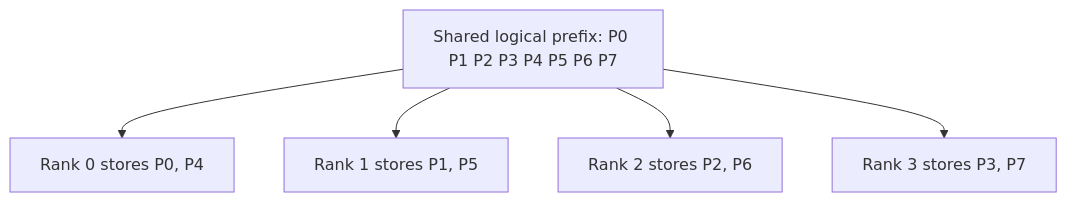
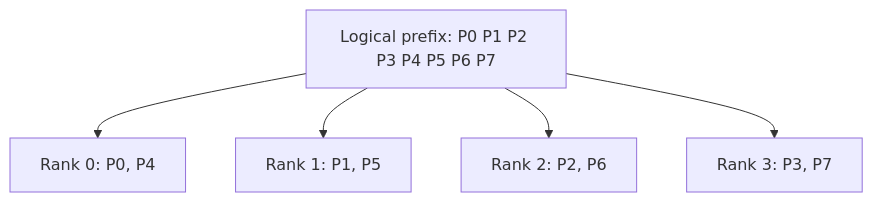
Before and after one commit to sgl-project/sglang: the diagram in docs/docs/advanced_features/kv_cache_sharing.mdx, drawn with Mermaid. The commit also changed other lines of this file, not shown here.

````diff
--- a/docs/docs/advanced_features/kv_cache_sharing.mdx
+++ b/docs/docs/advanced_features/kv_cache_sharing.mdx
@@ -59,8 +24,8 @@
 ```mermaid
 flowchart TB
-    L["Shared logical prefix: P0 P1 P2 P3 P4 P5 P6 P7"]
-    L --> R0["Rank 0 stores P0, P4"]
-    L --> R1["Rank 1 stores P1, P5"]
-    L --> R2["Rank 2 stores P2, P6"]
-    L --> R3["Rank 3 stores P3, P7"]
+    L["Logical prefix: P0 P1 P2 P3 P4 P5 P6 P7"]
+    L --> R0["Rank 0: P0, P4"]
+    L --> R1["Rank 1: P1, P5"]
+    L --> R2["Rank 2: P2, P6"]
+    L --> R3["Rank 3: P3, P7"]
 ```
````
